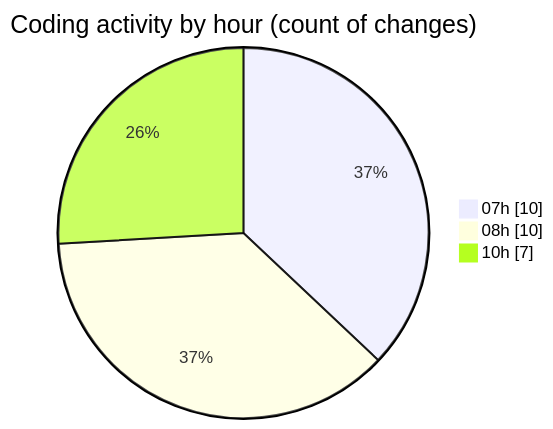
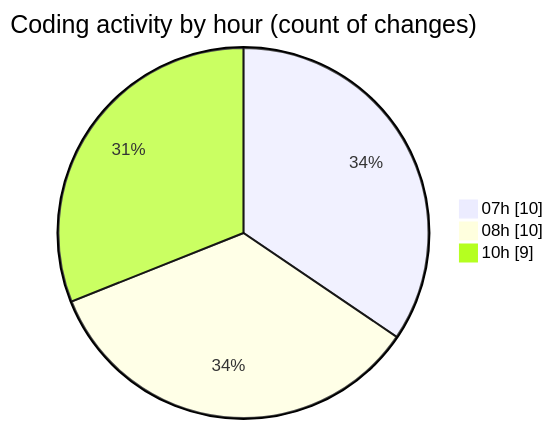
Before and after one commit to tmsrecording-cyber/code-tracking: the second of 2 diagrams in 2026-02-08/singularitybrainai/README.md, drawn with Mermaid. The commit also changed other lines of this file and 1 other file, not shown here.

````diff
--- a/2026-02-08/singularitybrainai/README.md
+++ b/2026-02-08/singularitybrainai/README.md
@@ -35,7 +36,7 @@
 ```mermaid
 pie showData
 title Coding activity by hour (count of changes)
 "07h" : 10
 "08h" : 10
-"10h" : 7
+"10h" : 9
 ```
````
